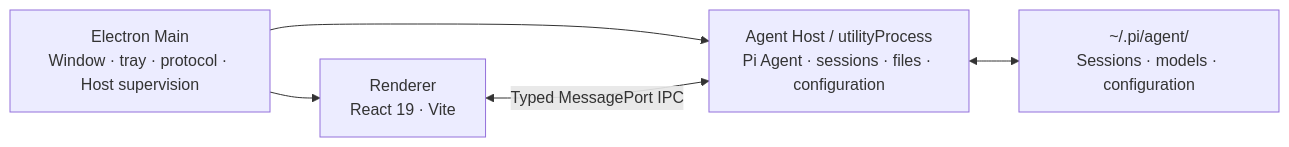
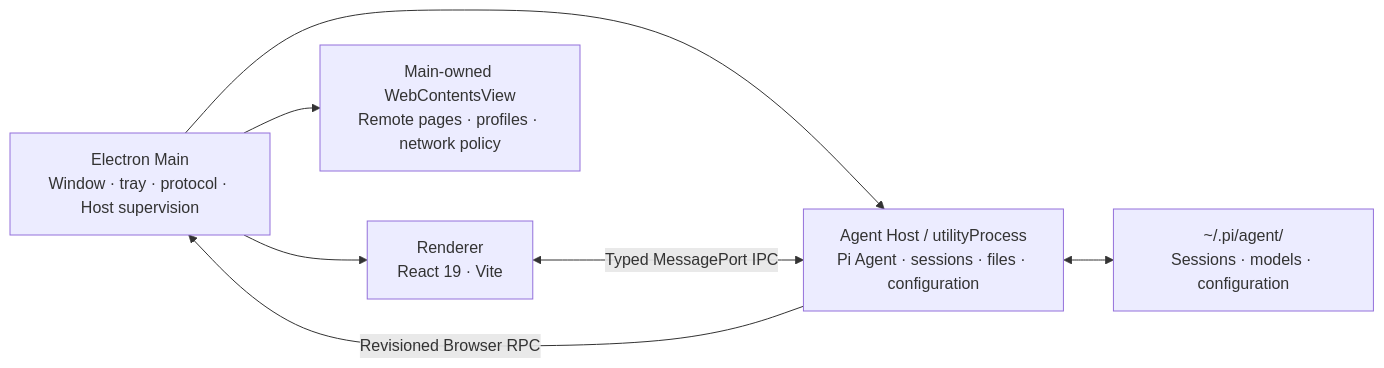
One commit to DLYZZT/pi-desktop changed the diagram in README.en.md. Above: the diagram before and after it, drawn with Mermaid. The commit also changed other lines of this file and 82 other files, not shown here.

````diff
--- a/README.en.md
+++ b/README.en.md
@@ -139,12 +148,15 @@
 ```mermaid
 flowchart LR
     Main["Electron Main<br/>Window · tray · protocol · Host supervision"]
     Host["Agent Host / utilityProcess<br/>Pi Agent · sessions · files · configuration"]
     UI["Renderer<br/>React 19 · Vite"]
+    Browser["Main-owned WebContentsView<br/>Remote pages · profiles · network policy"]
     Data["~/.pi/agent/<br/>Sessions · models · configuration"]
 
     Main --> Host
     Main --> UI
+    Main --> Browser
+    Host -->|"Revisioned Browser RPC"| Main
     UI <-->|"Typed MessagePort IPC"| Host
     Host <--> Data
 ```
````
